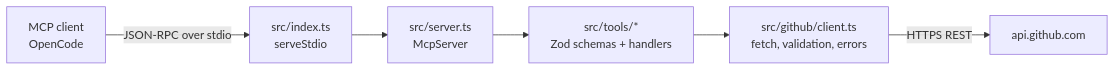
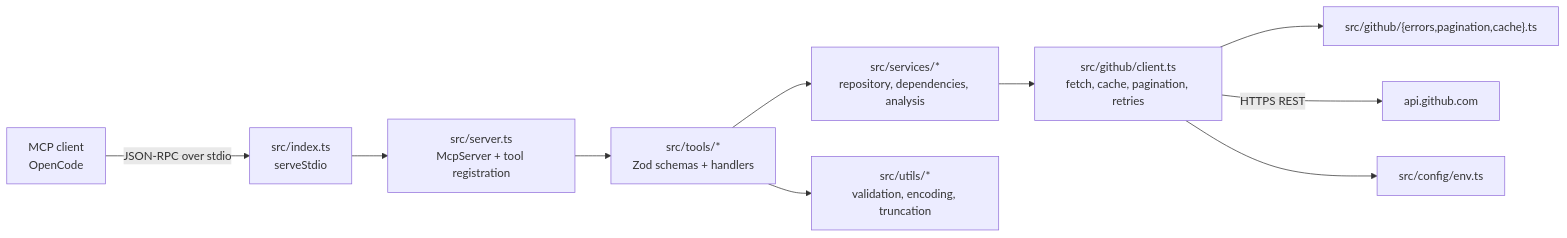
Before and after one commit to prarxbdha/RepoLens: the diagram in README.md, drawn with Mermaid. The commit also changed other lines of this file and 33 other files, not shown here.

````diff
--- a/README.md
+++ b/README.md
@@ -19,8 +19,12 @@
 ```mermaid
 flowchart LR
   A["MCP client<br/>OpenCode"] -->|"JSON-RPC over stdio"| B["src/index.ts<br/>serveStdio"]
-  B --> C["src/server.ts<br/>McpServer"]
+  B --> C["src/server.ts<br/>McpServer + tool registration"]
   C --> D["src/tools/*<br/>Zod schemas + handlers"]
-  D --> E["src/github/client.ts<br/>fetch, validation, errors"]
-  E -->|"HTTPS REST"| F["api.github.com"]
+  D --> E["src/services/*<br/>repository, dependencies, analysis"]
+  E --> F["src/github/client.ts<br/>fetch, cache, pagination, retries"]
+  F --> G["src/github/{errors,pagination,cache}.ts"]
+  F -->|"HTTPS REST"| H["api.github.com"]
+  D --> I["src/utils/*<br/>validation, encoding, truncation"]
+  F --> J["src/config/env.ts"]
 ```
````
